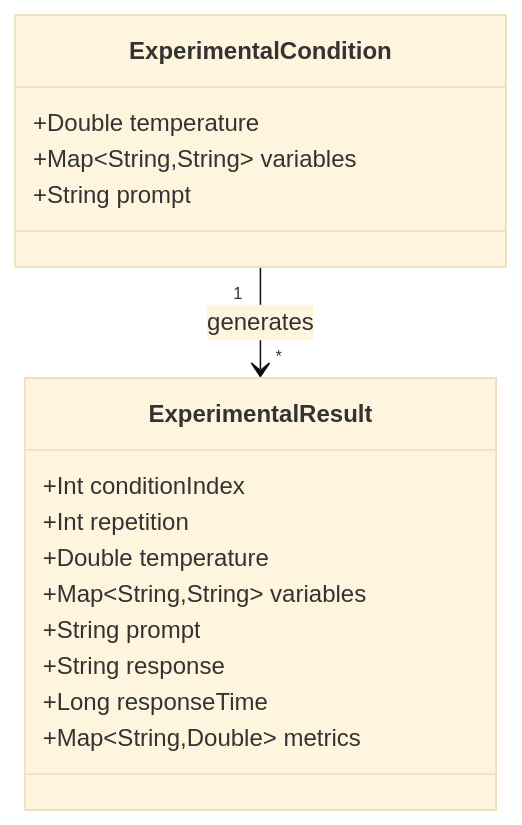
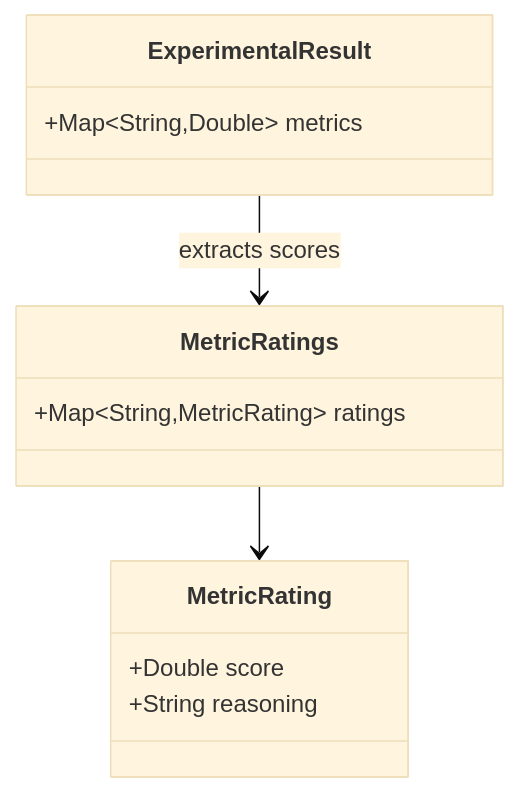
The eighth of 22 diagrams in docs/LLMExperimentTask.md (SimiaCryptus/Cognotik), drawn with Mermaid (base theme) before and after one commit. The commit also changed other lines of this file and 7 other files, not shown here.

````diff
--- a/docs/LLMExperimentTask.md
+++ b/docs/LLMExperimentTask.md
@@ -203,21 +272,18 @@
 ```mermaid
 classDiagram
-    class ExperimentalCondition {
-        +Double temperature
-        +Map~String,String~ variables
-        +String prompt
+    class MetricRating {
+        +Double score
+        +String reasoning
+    }
+
+    class MetricRatings {
+        +Map~String,MetricRating~ ratings
     }
 
     class ExperimentalResult {
-        +Int conditionIndex
-        +Int repetition
-        +Double temperature
-        +Map~String,String~ variables
-        +String prompt
-        +String response
-        +Long responseTime
         +Map~String,Double~ metrics
     }
 
-    ExperimentalCondition "1" --> "*" ExperimentalResult : generates
+    MetricRatings --> MetricRating
+    ExperimentalResult --> MetricRatings : extracts scores
 ```
````
